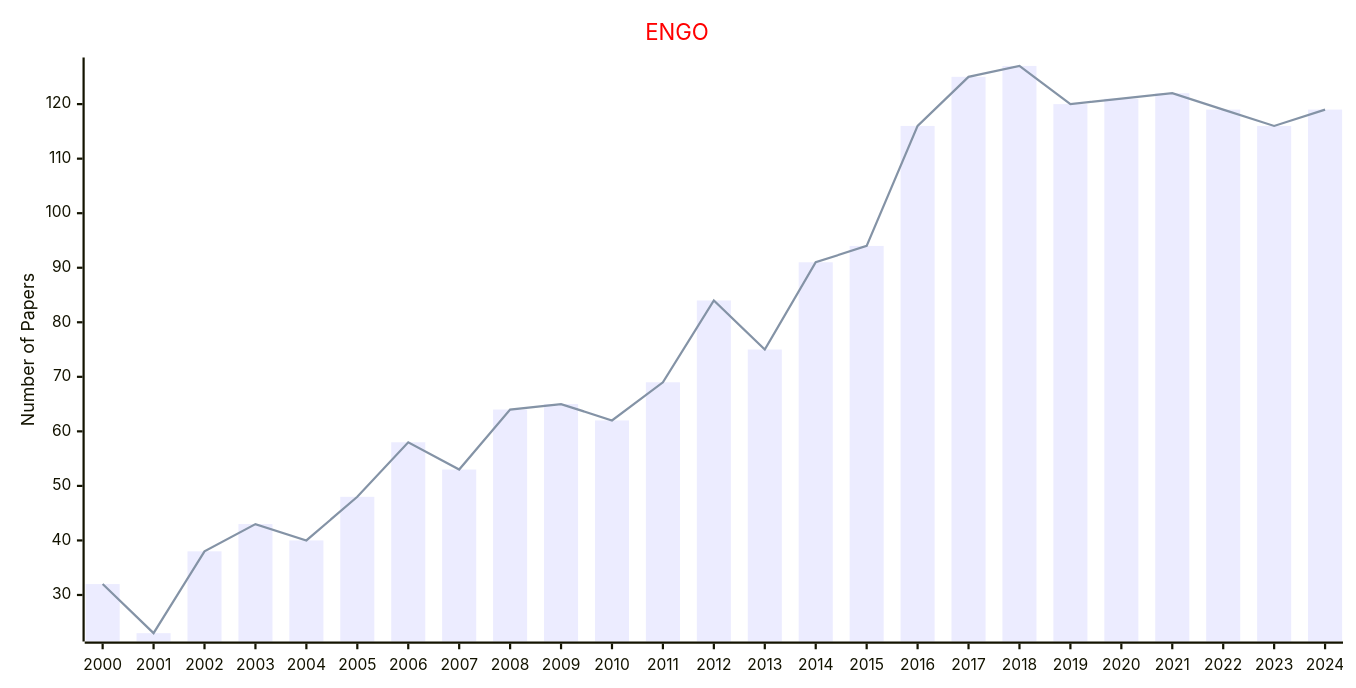
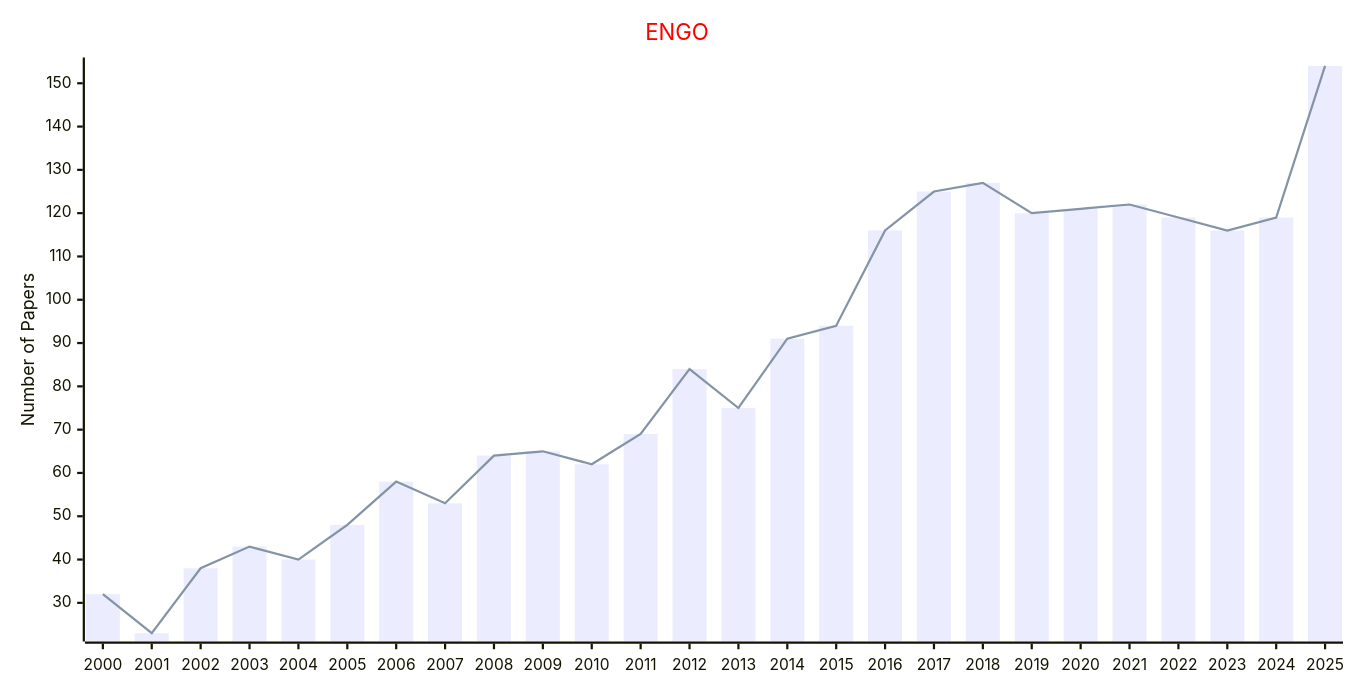
One commit to Easy-PhD/AILinks changed the diagram in docs/data/Journals/Statistics_Journals/Quantitative_Computational_Methods.md. Above: the diagram before and after it, drawn with Mermaid. The commit also changed 93 other files, not shown here.

````diff
--- a/docs/data/Journals/Statistics_Journals/Quantitative_Computational_Methods.md
+++ b/docs/data/Journals/Statistics_Journals/Quantitative_Computational_Methods.md
@@ -9,17 +9,17 @@
 ```mermaid
 ---
 config:
     xyChart:
         width: 1200
         height: 600
     themeVariables:
         xyChart:
             titleColor: "#ff0000"
 ---
 xychart-beta
     title "ENGO"
-    x-axis [2000, 2001, 2002, 2003, 2004, 2005, 2006, 2007, 2008, 2009, 2010, 2011, 2012, 2013, 2014, 2015, 2016, 2017, 2018, 2019, 2020, 2021, 2022, 2023, 2024]
+    x-axis [2000, 2001, 2002, 2003, 2004, 2005, 2006, 2007, 2008, 2009, 2010, 2011, 2012, 2013, 2014, 2015, 2016, 2017, 2018, 2019, 2020, 2021, 2022, 2023, 2024, 2025]
     y-axis "Number of Papers"
-    bar [32, 23, 38, 43, 40, 48, 58, 53, 64, 65, 62, 69, 84, 75, 91, 94, 116, 125, 127, 120, 121, 122, 119, 116, 119]
-    line [32, 23, 38, 43, 40, 48, 58, 53, 64, 65, 62, 69, 84, 75, 91, 94, 116, 125, 127, 120, 121, 122, 119, 116, 119]
+    bar [32, 23, 38, 43, 40, 48, 58, 53, 64, 65, 62, 69, 84, 75, 91, 94, 116, 125, 127, 120, 121, 122, 119, 116, 119, 154]
+    line [32, 23, 38, 43, 40, 48, 58, 53, 64, 65, 62, 69, 84, 75, 91, 94, 116, 125, 127, 120, 121, 122, 119, 116, 119, 154]
 ```
````
